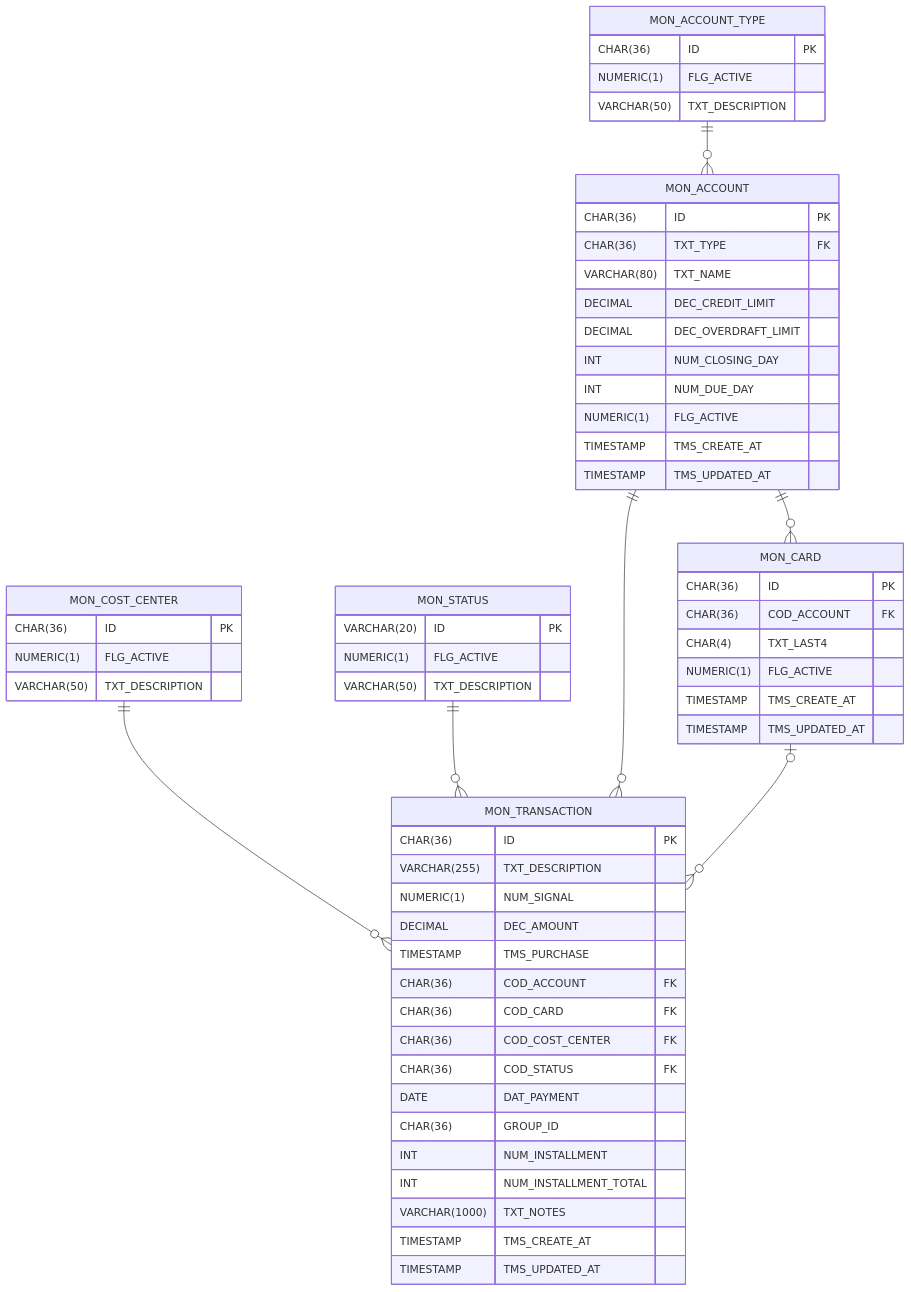
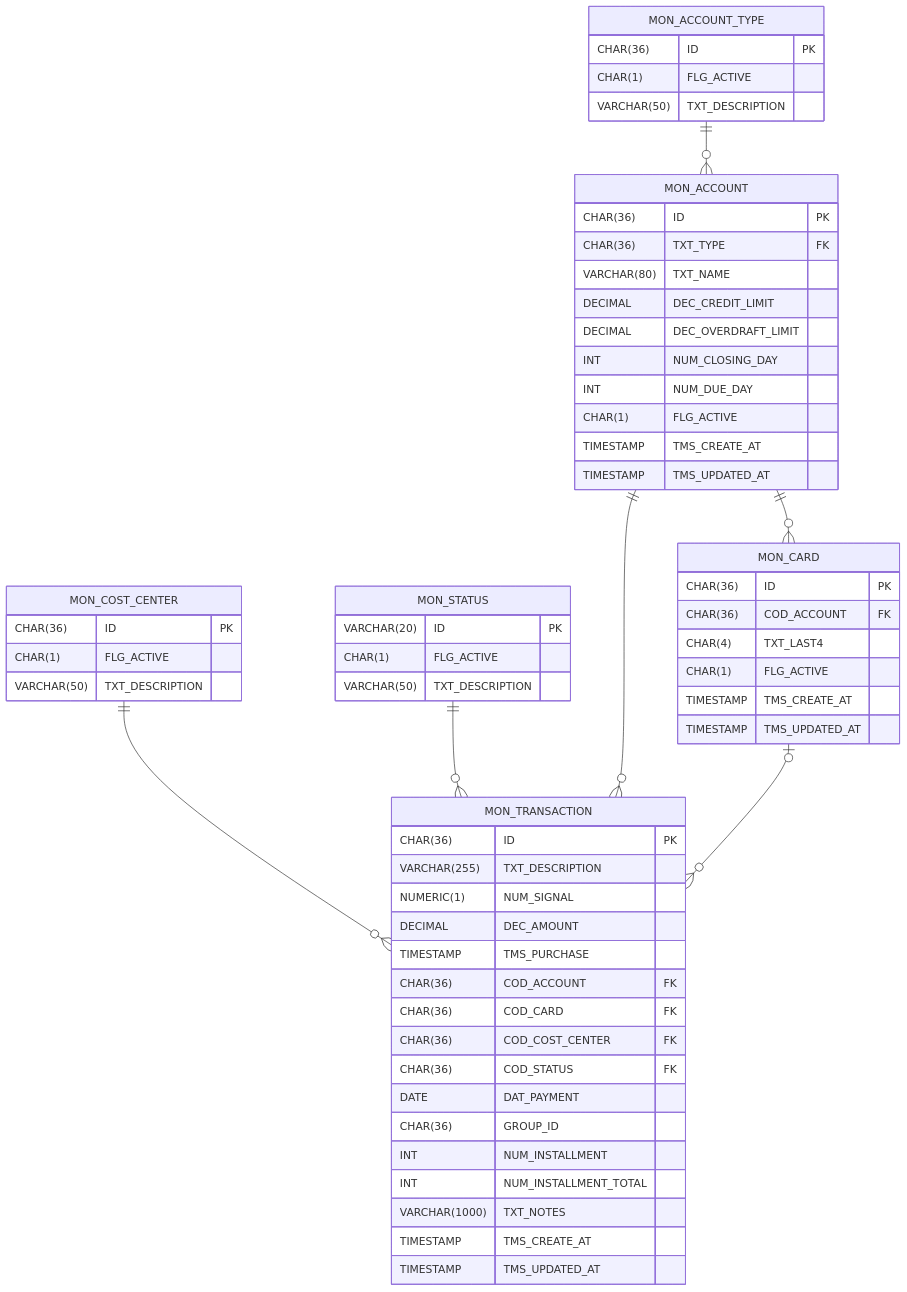
One commit to bkaraujo/cdb-judas changed the diagram in docs/db-ctx-monetary.mermaid. Above: the diagram before and after it, drawn with Mermaid. The commit also changed 11 other files, not shown here.

First line of the commit message:
delete(docs): remove outdated architecture diagrams and functional decomposition docs

```diff
--- a/docs/db-ctx-monetary.mermaid
+++ b/docs/db-ctx-monetary.mermaid
@@ -1,73 +1,73 @@
 erDiagram
 
 %% CHECKING, SAVINGS
     MON_ACCOUNT_TYPE {
         CHAR(36) ID PK
-        NUMERIC(1) FLG_ACTIVE
+        CHAR(1) FLG_ACTIVE
         VARCHAR(50) TXT_DESCRIPTION
     }
 
     MON_ACCOUNT {
         CHAR(36) ID PK
         CHAR(36) TXT_TYPE FK
         VARCHAR(80) TXT_NAME
         DECIMAL DEC_CREDIT_LIMIT
         DECIMAL DEC_OVERDRAFT_LIMIT
         INT NUM_CLOSING_DAY
         INT NUM_DUE_DAY
-        NUMERIC(1) FLG_ACTIVE
+        CHAR(1) FLG_ACTIVE
         TIMESTAMP TMS_CREATE_AT
         TIMESTAMP TMS_UPDATED_AT
     }
 
     MON_ACCOUNT_TYPE ||--o{ MON_ACCOUNT : ""
 
 %% SCHEDULED, CONFIRMED, PENDING
     MON_STATUS {
         VARCHAR(20) ID PK
-        NUMERIC(1) FLG_ACTIVE
+        CHAR(1) FLG_ACTIVE
         VARCHAR(50) TXT_DESCRIPTION
     }
 
 %% FIXED, VARIABLE
     MON_COST_CENTER {
         CHAR(36) ID PK
-        NUMERIC(1) FLG_ACTIVE
+        CHAR(1) FLG_ACTIVE
         VARCHAR(50) TXT_DESCRIPTION
     }
 
     MON_TRANSACTION {
         CHAR(36) ID PK
         VARCHAR(255) TXT_DESCRIPTION
         NUMERIC(1) NUM_SIGNAL
         DECIMAL DEC_AMOUNT
         TIMESTAMP TMS_PURCHASE
         CHAR(36) COD_ACCOUNT FK
         CHAR(36) COD_CARD FK
         CHAR(36) COD_COST_CENTER FK
         CHAR(36) COD_STATUS FK
         DATE DAT_PAYMENT
         CHAR(36) GROUP_ID
         INT NUM_INSTALLMENT
         INT NUM_INSTALLMENT_TOTAL
         VARCHAR(1000) TXT_NOTES
         TIMESTAMP TMS_CREATE_AT
         TIMESTAMP TMS_UPDATED_AT
     }
 
     MON_COST_CENTER ||--o{ MON_TRANSACTION : ""
     MON_STATUS ||--o{ MON_TRANSACTION : ""
     MON_ACCOUNT ||--o{ MON_TRANSACTION : ""
 
 %% Cartão é identificado só pelo last4; vinculado a uma conta real
     MON_CARD {
         CHAR(36) ID PK
         CHAR(36) COD_ACCOUNT FK
         CHAR(4) TXT_LAST4
-        NUMERIC(1) FLG_ACTIVE
+        CHAR(1) FLG_ACTIVE
         TIMESTAMP TMS_CREATE_AT
         TIMESTAMP TMS_UPDATED_AT
     }
 
     MON_ACCOUNT ||--o{ MON_CARD : ""
     MON_CARD |o--o{ MON_TRANSACTION : ""
```
